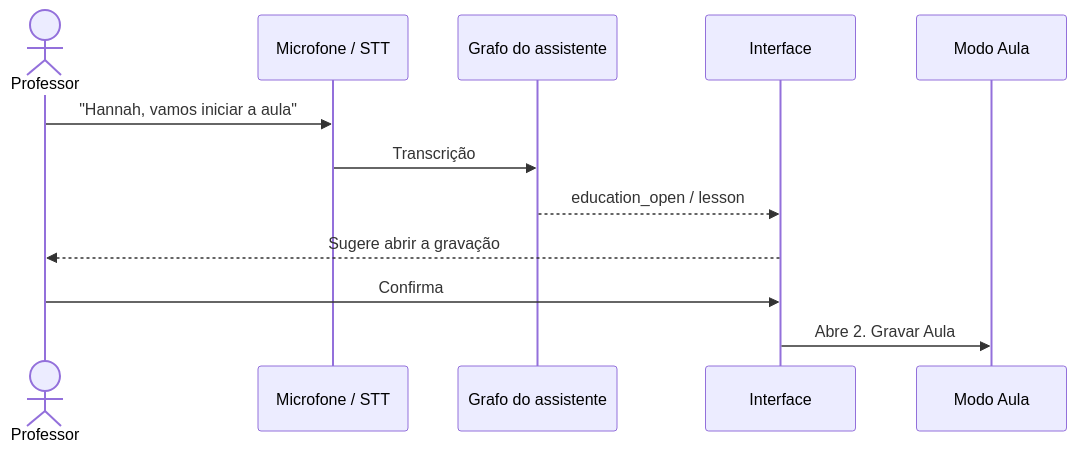
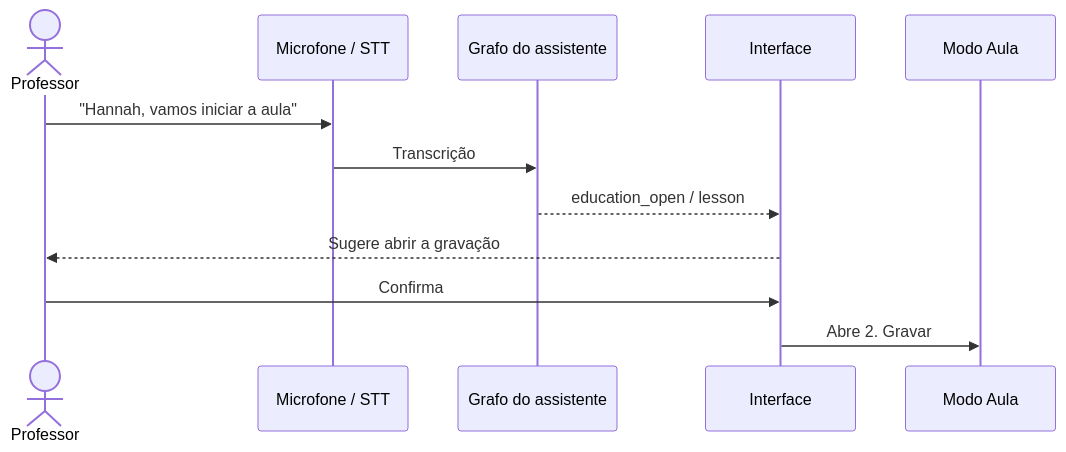
One commit to m4n1nh0/assistant_app changed the diagram in docs/funcionalidades/modo-educacao.md. Above: the diagram before and after it, drawn with Mermaid. The commit also changed other lines of this file and 5 other files, not shown here.

````diff
--- a/docs/funcionalidades/modo-educacao.md
+++ b/docs/funcionalidades/modo-educacao.md
@@ -92,15 +92,15 @@
 ```mermaid
 sequenceDiagram
     actor P as Professor
     participant V as Microfone / STT
     participant G as Grafo do assistente
     participant UI as Interface
     participant E as Modo Aula
 
     P->>V: "Hannah, vamos iniciar a aula"
     V->>G: Transcrição
     G-->>UI: education_open / lesson
     UI-->>P: Sugere abrir a gravação
     P->>UI: Confirma
-    UI->>E: Abre 2. Gravar Aula
+    UI->>E: Abre 2. Gravar
 ```
````
